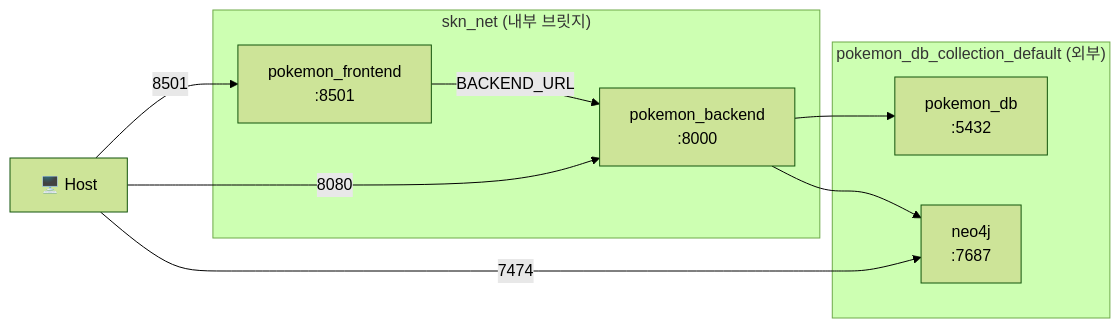
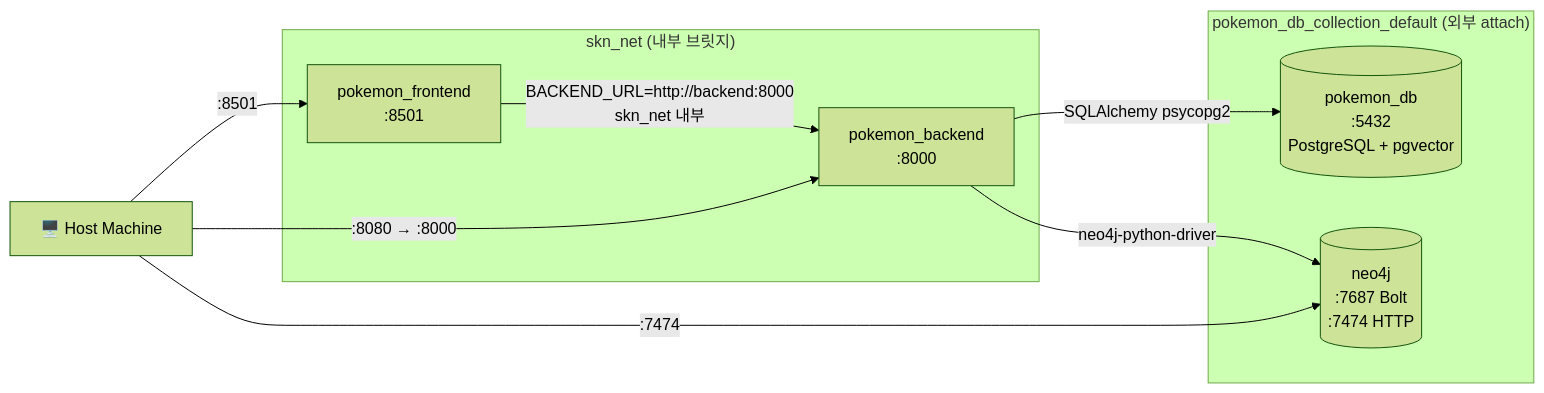
Before and after one commit to SKNETWORKS-FAMILY-AICAMP/SKN27-3rd-3TEAM: the first of 2 diagrams in wiki/Architecture.md, drawn with Mermaid (forest theme). The commit also changed other lines of this file and 13 other files, not shown here.

````diff
--- a/wiki/Architecture.md
+++ b/wiki/Architecture.md
@@ -14,19 +30,22 @@
 ```mermaid
 flowchart LR
+    HOST["🖥️ Host Machine"]
+
     subgraph skn_net["skn_net (내부 브릿지)"]
         FE["pokemon_frontend\n:8501"]
         BE["pokemon_backend\n:8000"]
     end
 
-    subgraph pokemon_db_collection_default["pokemon_db_collection_default (외부)"]
-        DB["pokemon_db\n:5432"]
-        Neo["neo4j\n:7687"]
+    subgraph ext_net["pokemon_db_collection_default (외부 attach)"]
+        DB[("pokemon_db\n:5432\nPostgreSQL + pgvector")]
+        Neo[("neo4j\n:7687 Bolt\n:7474 HTTP")]
     end
 
-    Host["🖥️ Host"] -->|8501| FE
-    Host -->|8080| BE
-    Host -->|7474| Neo
-    FE -->|BACKEND_URL| BE
-    BE --> DB
-    BE --> Neo
+    HOST -->|":8501"| FE
+    HOST -->|":8080 → :8000"| BE
+    HOST -->|":7474"| Neo
+
+    FE -->|"BACKEND_URL=http://backend:8000\nskn_net 내부"| BE
+    BE -->|"SQLAlchemy psycopg2"| DB
+    BE -->|"neo4j-python-driver"| Neo
 ```
````
